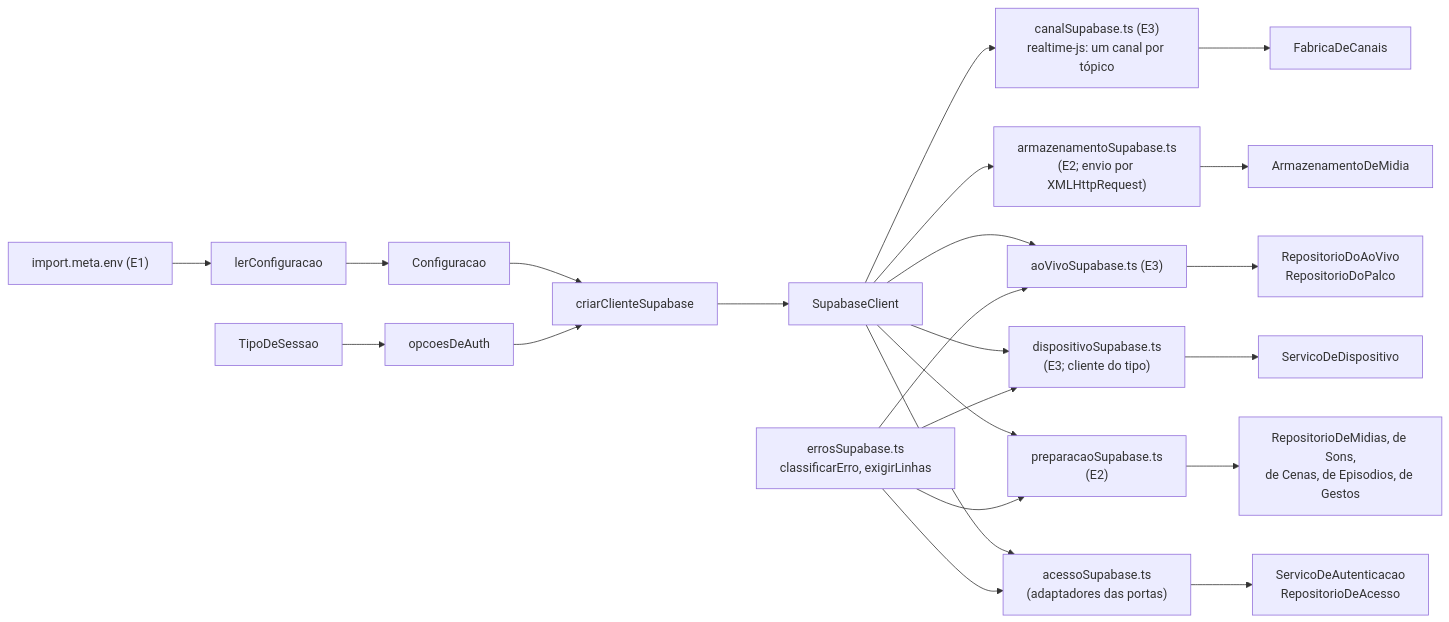
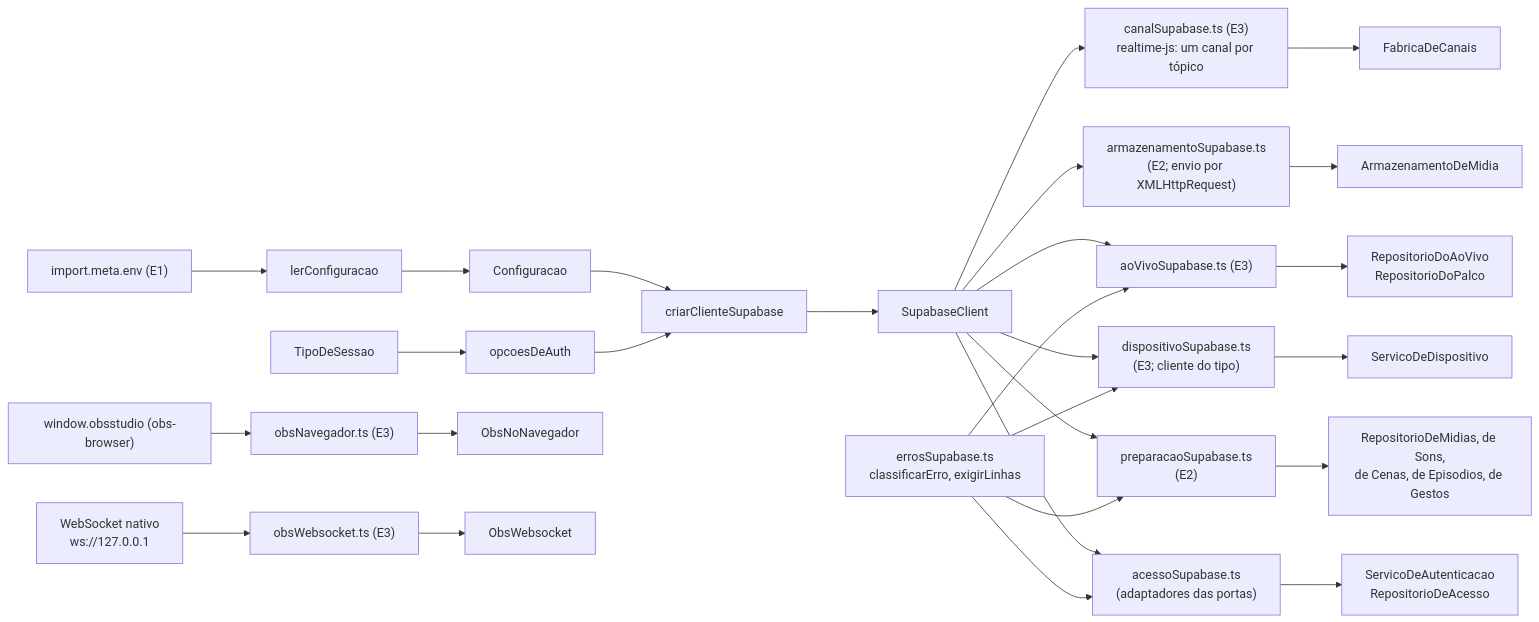
Before and after one commit to TokumoH/RevocastCameras: the diagram in src/shared/infra/README.md, drawn with Mermaid. The commit also changed other lines of this file and 16 other files, not shown here.

````diff
--- a/src/shared/infra/README.md
+++ b/src/shared/infra/README.md
@@ -121,25 +135,29 @@
 ```mermaid
 flowchart LR
     E["import.meta.env (E1)"] --> L[lerConfiguracao]
     L --> C[Configuracao]
     C --> K[criarClienteSupabase]
     T[TipoDeSessao] --> O[opcoesDeAuth]
     O --> K
     K --> S[SupabaseClient]
     S --> AS["acessoSupabase.ts<br/>(adaptadores das portas)"]
     AS --> P["ServicoDeAutenticacao<br/>RepositorioDeAcesso"]
     S --> PS["preparacaoSupabase.ts<br/>(E2)"]
     PS --> PR["RepositorioDeMidias, de Sons,<br/>de Cenas, de Episodios, de Gestos"]
     S --> AR["armazenamentoSupabase.ts<br/>(E2; envio por XMLHttpRequest)"]
     AR --> AM[ArmazenamentoDeMidia]
     ER["errosSupabase.ts<br/>classificarErro, exigirLinhas"] --> AS
     ER --> PS
     S --> DS["dispositivoSupabase.ts<br/>(E3; cliente do tipo)"]
     DS --> SD[ServicoDeDispositivo]
     S --> AVS["aoVivoSupabase.ts (E3)"]
     AVS --> RAV["RepositorioDoAoVivo<br/>RepositorioDoPalco"]
     S --> CS["canalSupabase.ts (E3)<br/>realtime-js: um canal por tópico"]
     CS --> FC[FabricaDeCanais]
     ER --> DS
     ER --> AVS
+    W["window.obsstudio (obs-browser)"] --> ON["obsNavegador.ts (E3)"]
+    ON --> PON[ObsNoNavegador]
+    WS["WebSocket nativo<br/>ws://127.0.0.1"] --> OW["obsWebsocket.ts (E3)"]
+    OW --> POW[ObsWebsocket]
 ```
````
